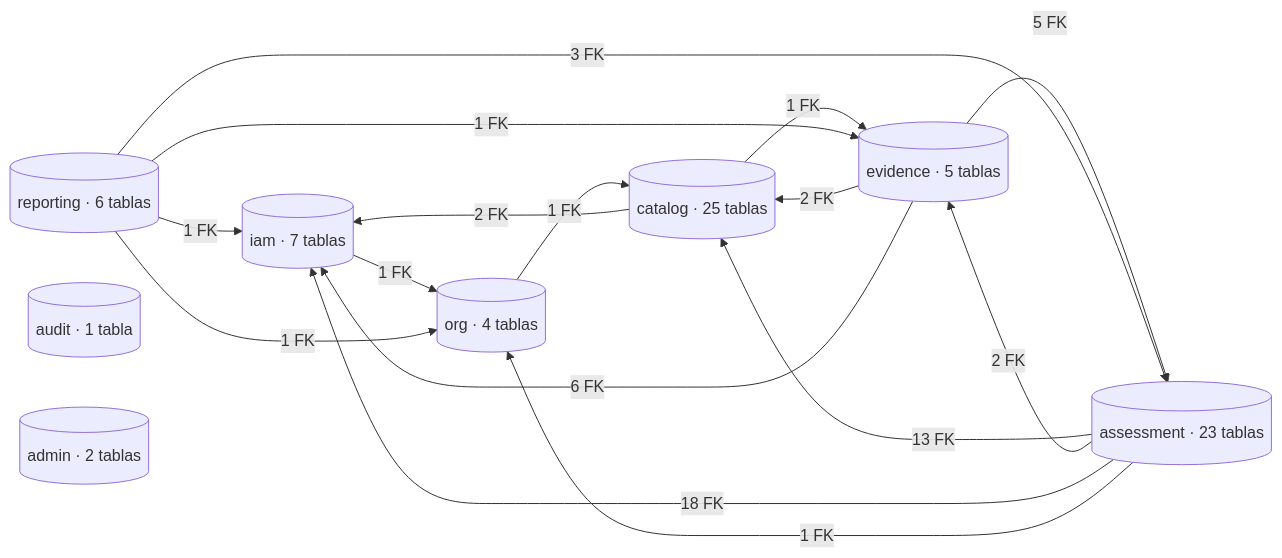
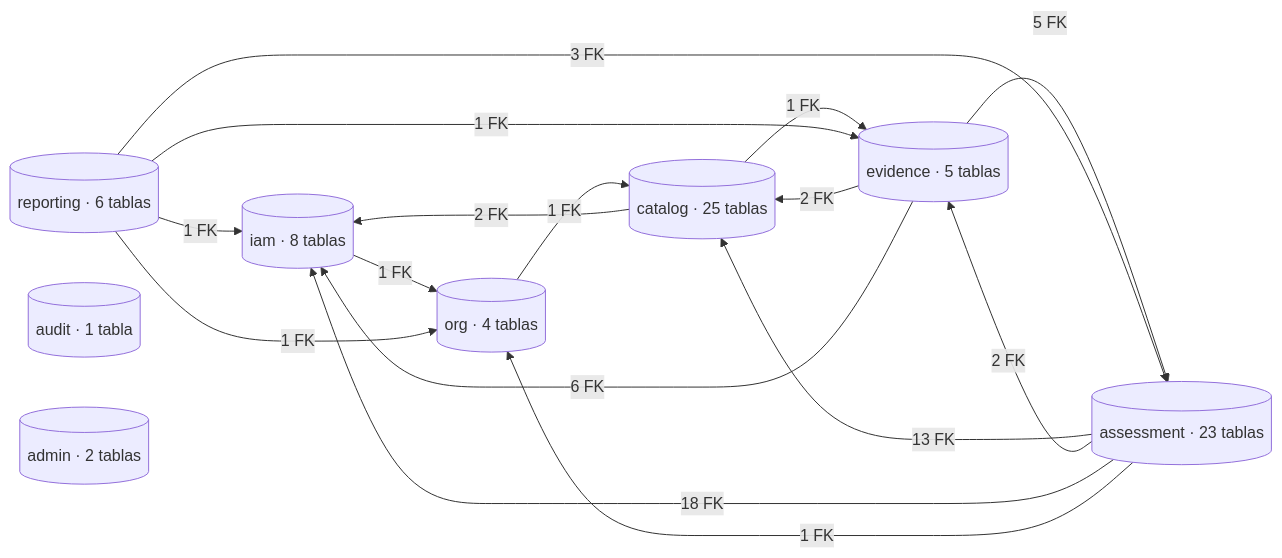
The first of 9 diagrams in Documentacion-General/Modelo-Datos-MER.md (jdtovar07/MSPI_NVA_CO_DOCS), drawn with Mermaid before and after one commit. The commit also changed other lines of this file and 14 other files, not shown here.

First line of the commit message:
docs(legal): document consent table MER and acceptance flow

````diff
--- a/Documentacion-General/Modelo-Datos-MER.md
+++ b/Documentacion-General/Modelo-Datos-MER.md
@@ -59,26 +59,26 @@
 ```mermaid
 flowchart LR
-  iam[("iam · 7 tablas")]
+  iam[("iam · 8 tablas")]
   org[("org · 4 tablas")]
   catalog[("catalog · 25 tablas")]
   assessment[("assessment · 23 tablas")]
   evidence[("evidence · 5 tablas")]
   reporting[("reporting · 6 tablas")]
   audit[("audit · 1 tabla")]
   admin[("admin · 2 tablas")]
   assessment -- "13 FK" --> catalog
   assessment -- "2 FK" --> evidence
   assessment -- "18 FK" --> iam
   assessment -- "1 FK" --> org
   catalog -- "1 FK" --> evidence
   catalog -- "2 FK" --> iam
   evidence -- "5 FK" --> assessment
   evidence -- "2 FK" --> catalog
   evidence -- "6 FK" --> iam
   iam -- "1 FK" --> org
   org -- "1 FK" --> catalog
   reporting -- "3 FK" --> assessment
   reporting -- "1 FK" --> evidence
   reporting -- "1 FK" --> iam
   reporting -- "1 FK" --> org
 ```
````
